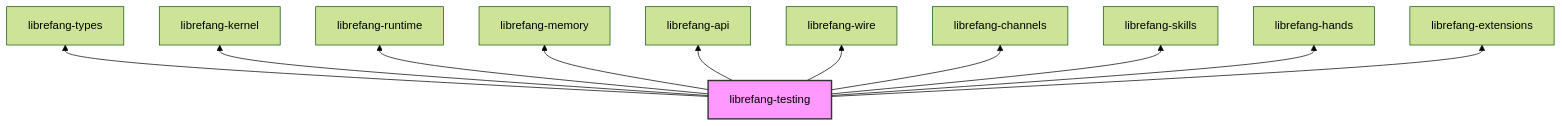
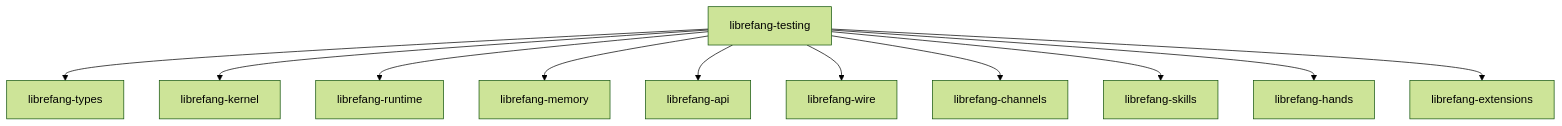
Before and after one commit to leszek3737/librefang-WIki: the diagram in other-librefang-testing.md, drawn with Mermaid (forest theme). The commit also changed other lines of this file and 120 other files, not shown here.

````diff
--- a/other-librefang-testing.md
+++ b/other-librefang-testing.md
@@ -21,15 +23,13 @@
 ```mermaid
-graph BT
-    T[librefang-testing] --> TYPES[librefang-types]
-    T --> KERNEL[librefang-kernel]
-    T --> RUNTIME[librefang-runtime]
-    T --> MEMORY[librefang-memory]
-    T --> API[librefang-api]
-    T --> WIRE[librefang-wire]
-    T --> CH[librefang-channels]
-    T --> SK[librefang-skills]
-    T --> H[librefang-hands]
-    T --> EXT[librefang-extensions]
-
-    style T fill:#f9f,stroke:#333,stroke-width:2px
+graph TD
+    T[librefang-testing] --> types[librefang-types]
+    T --> kernel[librefang-kernel]
+    T --> runtime[librefang-runtime]
+    T --> memory[librefang-memory]
+    T --> api[librefang-api]
+    T --> wire[librefang-wire]
+    T --> channels[librefang-channels]
+    T --> skills[librefang-skills]
+    T --> hands[librefang-hands]
+    T --> extensions[librefang-extensions]
 ```
````
